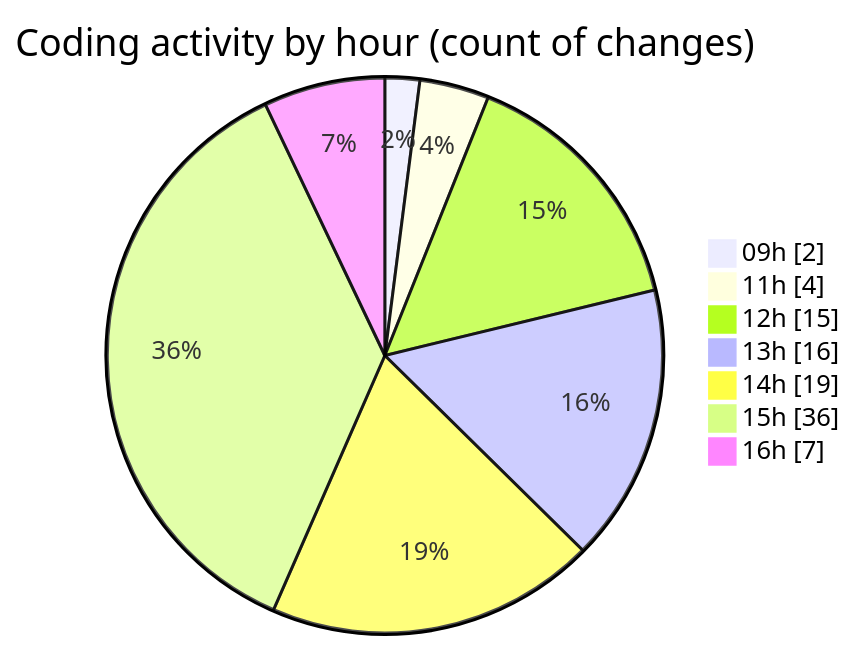
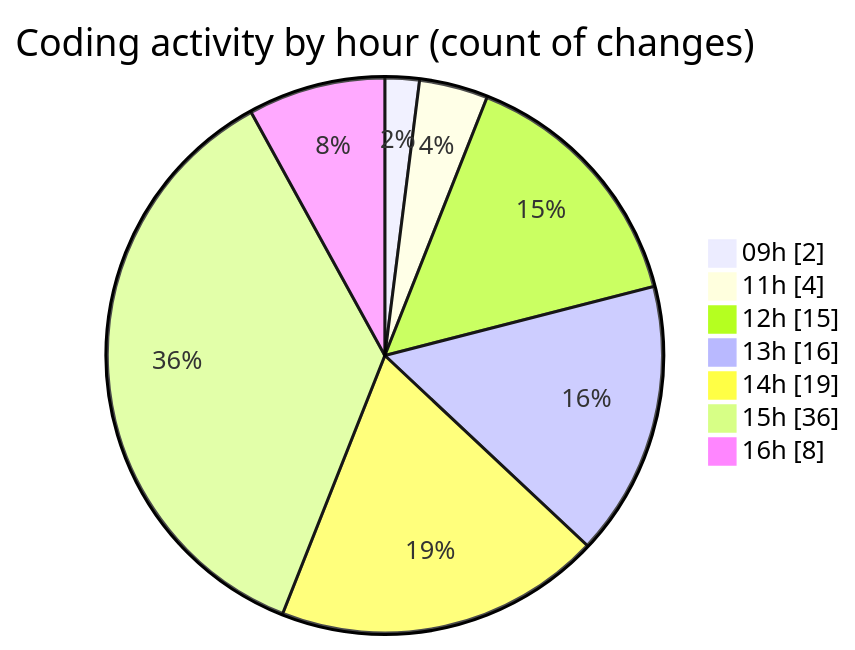
One commit to Elitesun/code-tracking changed the second of 2 diagrams in 2025-04-30/niten/README.md. Above: the diagram before and after it, drawn with Mermaid. The commit also changed other lines of this file and 1 other file, not shown here.

````diff
--- a/2025-04-30/niten/README.md
+++ b/2025-04-30/niten/README.md
@@ -56,11 +57,11 @@
 ```mermaid
 pie showData
 title Coding activity by hour (count of changes)
 "09h" : 2
 "11h" : 4
 "12h" : 15
 "13h" : 16
 "14h" : 19
 "15h" : 36
-"16h" : 7
+"16h" : 8
 ```
````
